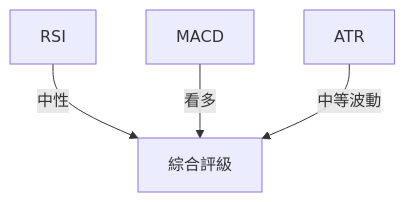
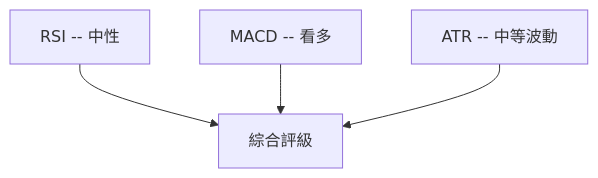
One commit to yennanliu/finance_data changed the fifth of 10 diagrams in ai_gen_report/stock/nu/technical_analysis_2026-04-07_openai.md. Above: the diagram before and after it, drawn with Mermaid. The commit also changed other lines of this file and 2258 other files, not shown here.

First line of the commit message:
chore: backfill Mermaid syntax repair across existing reports

````diff
--- a/ai_gen_report/stock/nu/technical_analysis_2026-04-07_openai.md
+++ b/ai_gen_report/stock/nu/technical_analysis_2026-04-07_openai.md
@@ -218,6 +218,6 @@
 ```mermaid
 graph TD
-    RSI -- 中性 --> 綜合評級
-    MACD -- 看多 --> 綜合評級
-    ATR -- 中等波動 --> 綜合評級
+    nb1["RSI -- 中性"] --> 綜合評級
+    nb2["MACD -- 看多"] --> 綜合評級
+    nb3["ATR -- 中等波動"] --> 綜合評級
 ```
````
